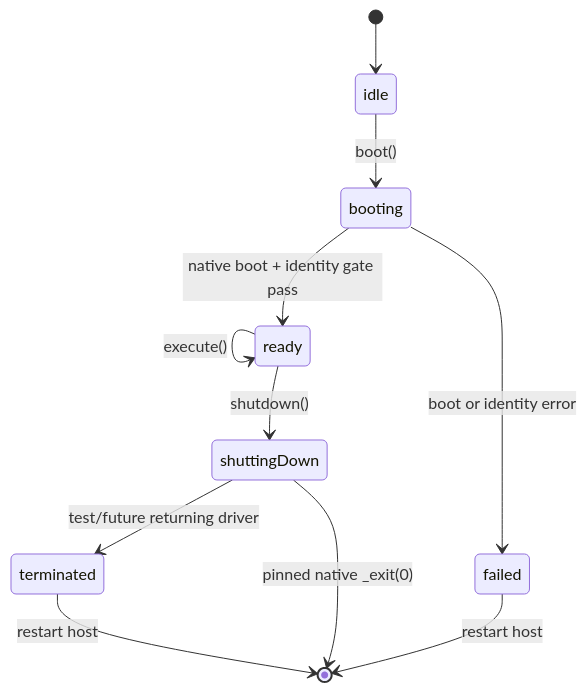
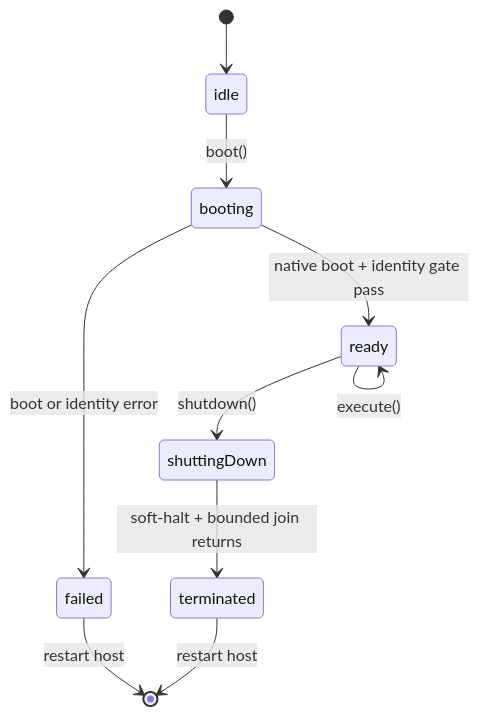
The third of 3 diagrams in Docs/en/Architecture.md (jacklv-coder/PocketRoot), drawn with Mermaid before and after one commit. The commit also changed other lines of this file and 43 other files, not shown here.

````diff
--- a/Docs/en/Architecture.md
+++ b/Docs/en/Architecture.md
@@ -154,13 +172,12 @@
 ```mermaid
 stateDiagram-v2
     [*] --> idle
     idle --> booting: boot()
     booting --> ready: native boot + identity gate pass
     booting --> failed: boot or identity error
     ready --> ready: execute()
     ready --> shuttingDown: shutdown()
-    shuttingDown --> terminated: test/future returning driver
-    shuttingDown --> [*]: pinned native _exit(0)
+    shuttingDown --> terminated: soft-halt + bounded join returns
     failed --> [*]: restart host
     terminated --> [*]: restart host
 ```
````
